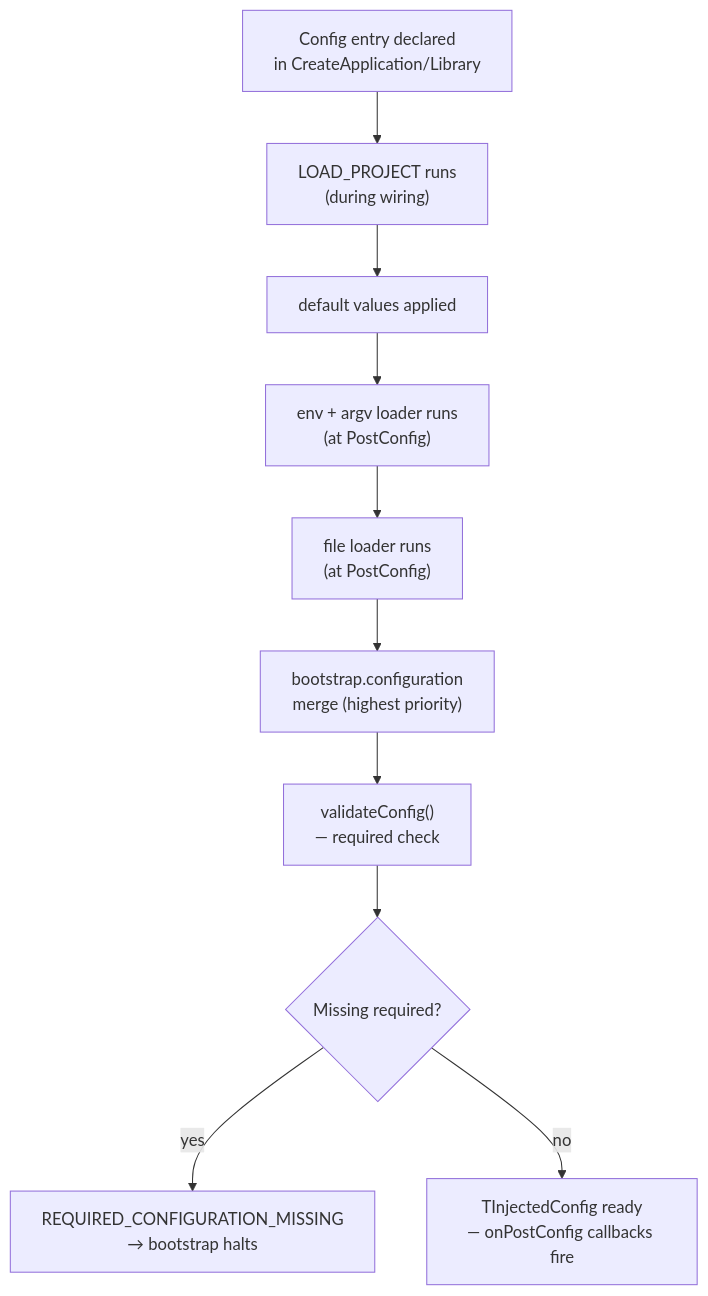
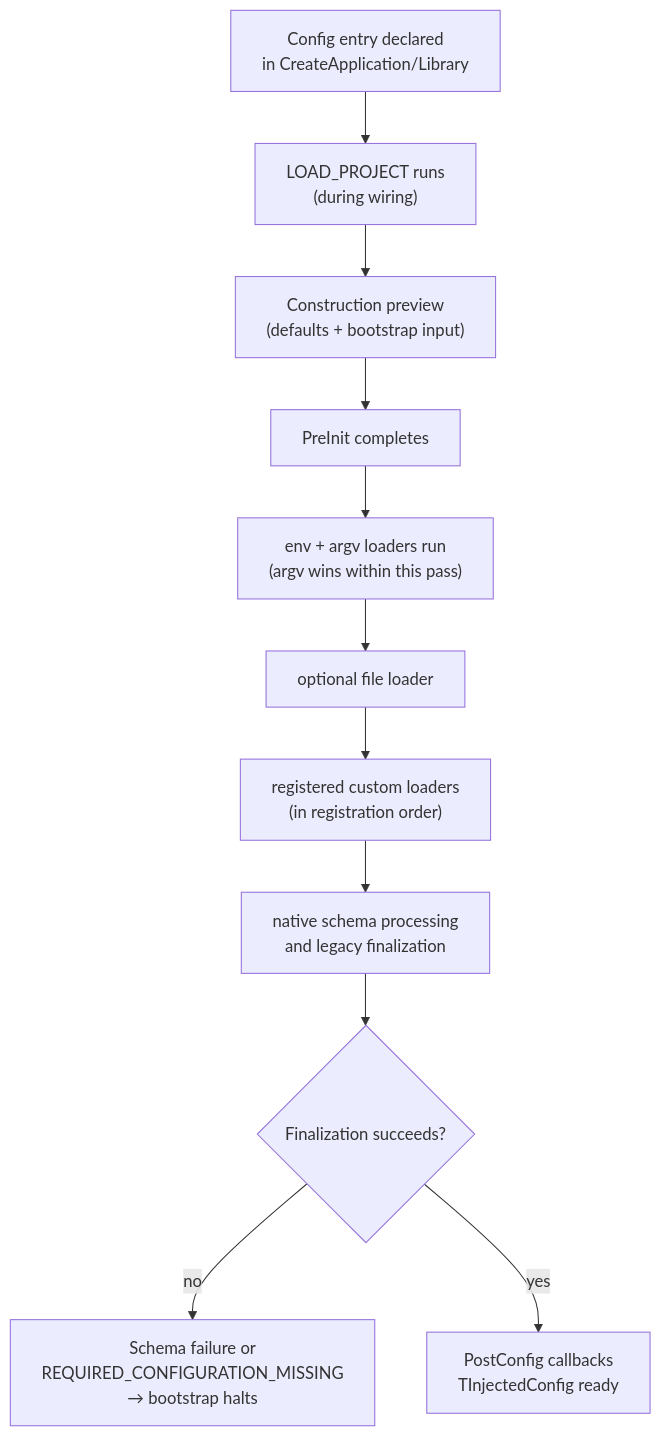
Before and after one commit to Digital-Alchemy-TS/documentation: the diagram in docs/core/guides/config-and-environment.md, drawn with Mermaid. The commit also changed other lines of this file and 19 other files, not shown here.

First line of the commit message:
docs: document schema-backed configuration (#70)

````diff
--- a/docs/core/guides/config-and-environment.md
+++ b/docs/core/guides/config-and-environment.md
@@ -9,12 +9,13 @@
 ```mermaid
 flowchart TD
     A["Config entry declared\nin CreateApplication/Library"] --> B["LOAD_PROJECT runs\n(during wiring)"]
-    B --> C["default values applied"]
-    C --> D["env + argv loader runs\n(at PostConfig)"]
-    D --> E["file loader runs\n(at PostConfig)"]
-    E --> F["bootstrap.configuration\nmerge (highest priority)"]
-    F --> G["validateConfig()\n— required check"]
-    G --> H{"Missing required?"}
-    H -->|yes| I["REQUIRED_CONFIGURATION_MISSING\n→ bootstrap halts"]
-    H -->|no| J["TInjectedConfig ready\n— onPostConfig callbacks fire"]
+    B --> C["Construction preview\n(defaults + bootstrap input)"]
+    C --> D["PreInit completes"]
+    D --> E["env + argv loaders run\n(argv wins within this pass)"]
+    E --> F["optional file loader"]
+    F --> G["registered custom loaders\n(in registration order)"]
+    G --> H["native schema processing\nand legacy finalization"]
+    H --> I{"Finalization succeeds?"}
+    I -->|no| J["Schema failure or\nREQUIRED_CONFIGURATION_MISSING\n→ bootstrap halts"]
+    I -->|yes| K["PostConfig callbacks\nTInjectedConfig ready"]
 ```
````
